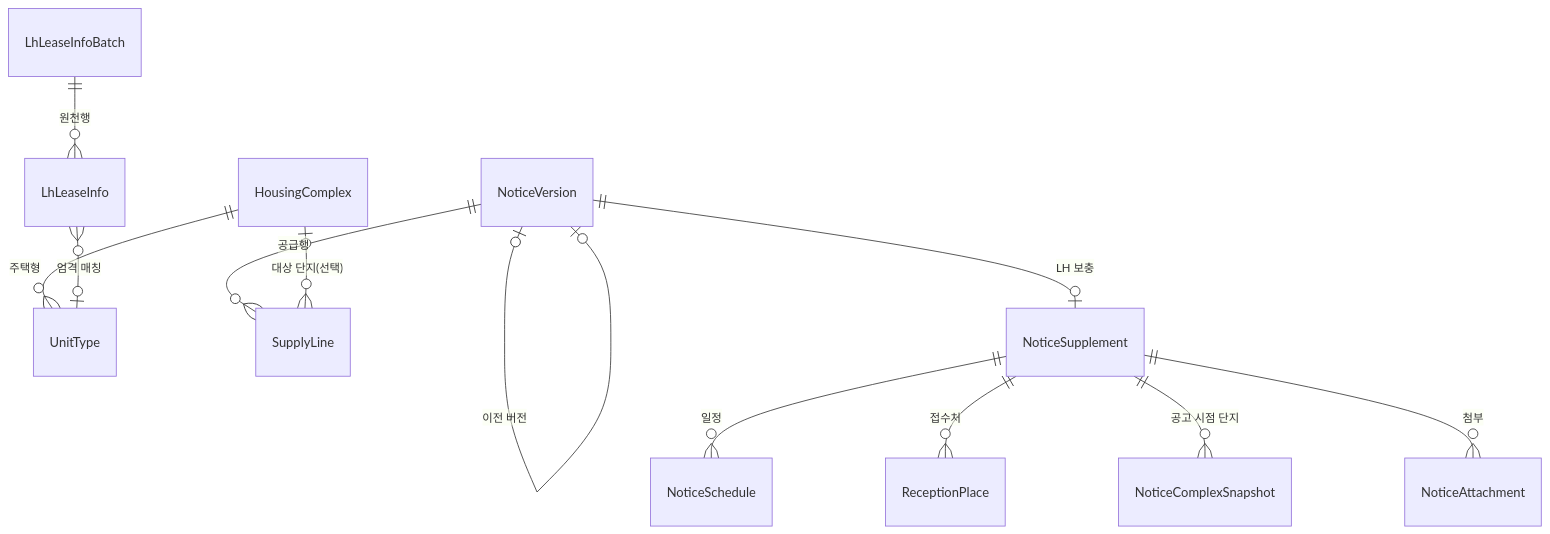
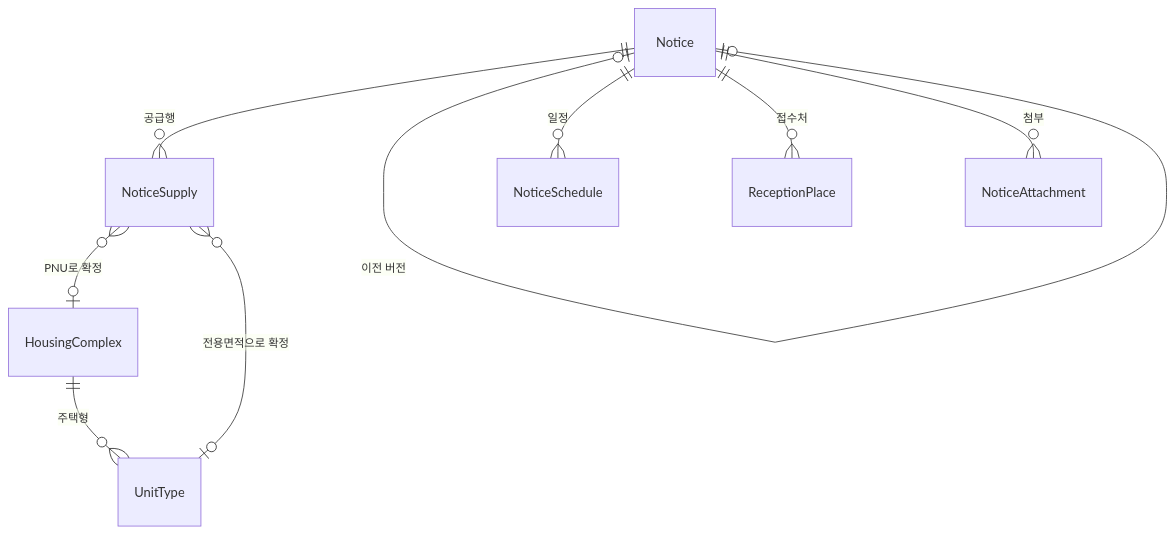
The diagram in docs/원천-매핑.md (JunHyung1206/toadzip-api-domain), drawn with Mermaid before and after one commit. The commit also changed other lines of this file and 99 other files, not shown here.

````diff
--- a/docs/원천-매핑.md
+++ b/docs/원천-매핑.md
@@ -17,14 +22,11 @@
 ```mermaid
 erDiagram
     HousingComplex ||--o{ UnitType : "주택형"
-    LhLeaseInfoBatch ||--o{ LhLeaseInfo : "원천행"
-    LhLeaseInfo }o--o| UnitType : "엄격 매칭"
-    NoticeVersion ||--o{ SupplyLine : "공급행"
-    NoticeVersion |o--o| NoticeVersion : "이전 버전"
-    HousingComplex |o--o{ SupplyLine : "대상 단지(선택)"
-    NoticeVersion ||--o| NoticeSupplement : "LH 보충"
-    NoticeSupplement ||--o{ NoticeSchedule : "일정"
-    NoticeSupplement ||--o{ ReceptionPlace : "접수처"
-    NoticeSupplement ||--o{ NoticeComplexSnapshot : "공고 시점 단지"
-    NoticeSupplement ||--o{ NoticeAttachment : "첨부"
+    Notice ||--o{ NoticeSupply : "공급행"
+    Notice |o--o| Notice : "이전 버전"
+    Notice ||--o{ NoticeSchedule : "일정"
+    Notice ||--o{ ReceptionPlace : "접수처"
+    Notice ||--o{ NoticeAttachment : "첨부"
+    NoticeSupply }o--o| HousingComplex : "PNU로 확정"
+    NoticeSupply }o--o| UnitType : "전용면적으로 확정"
 ```
````
